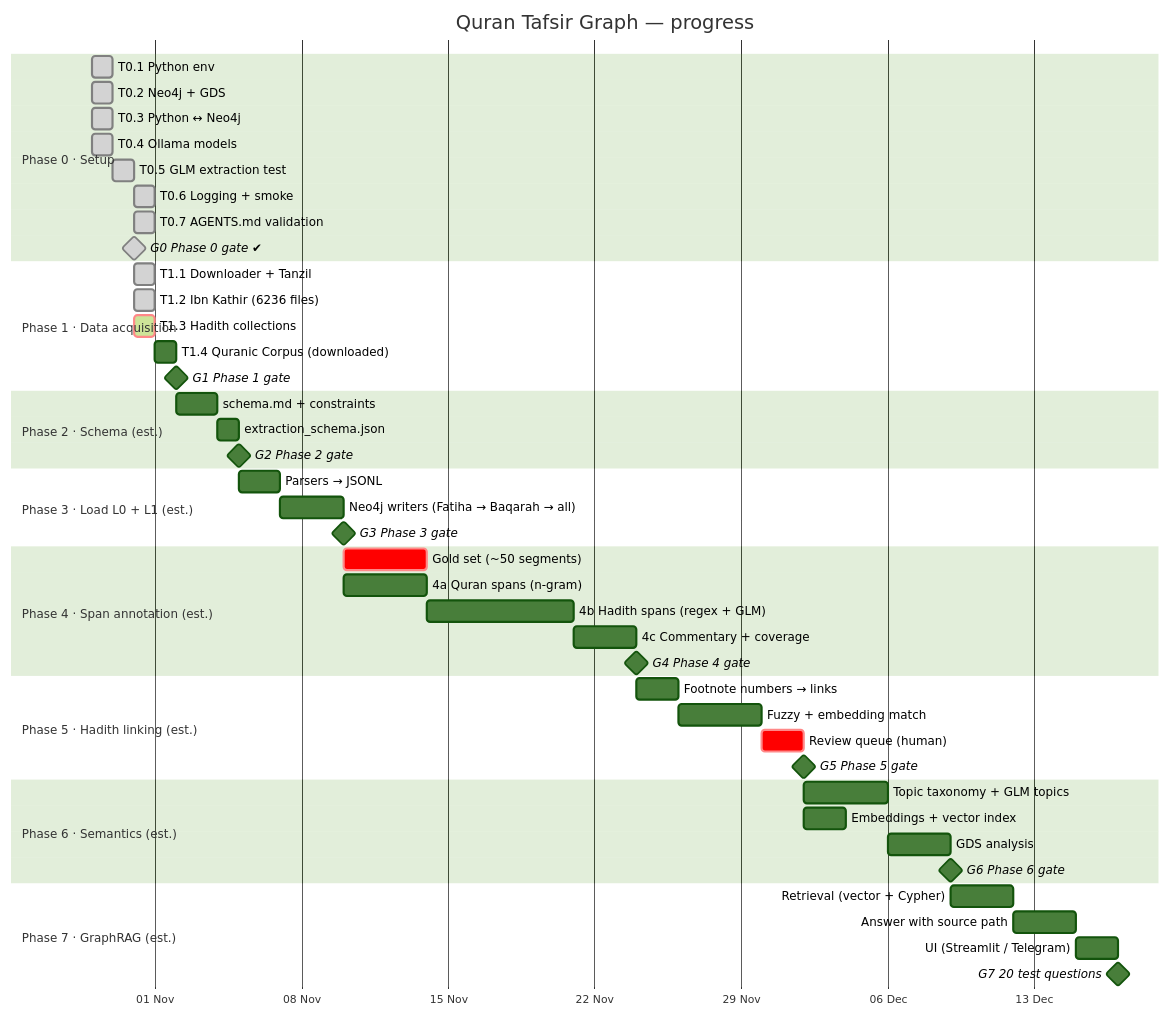
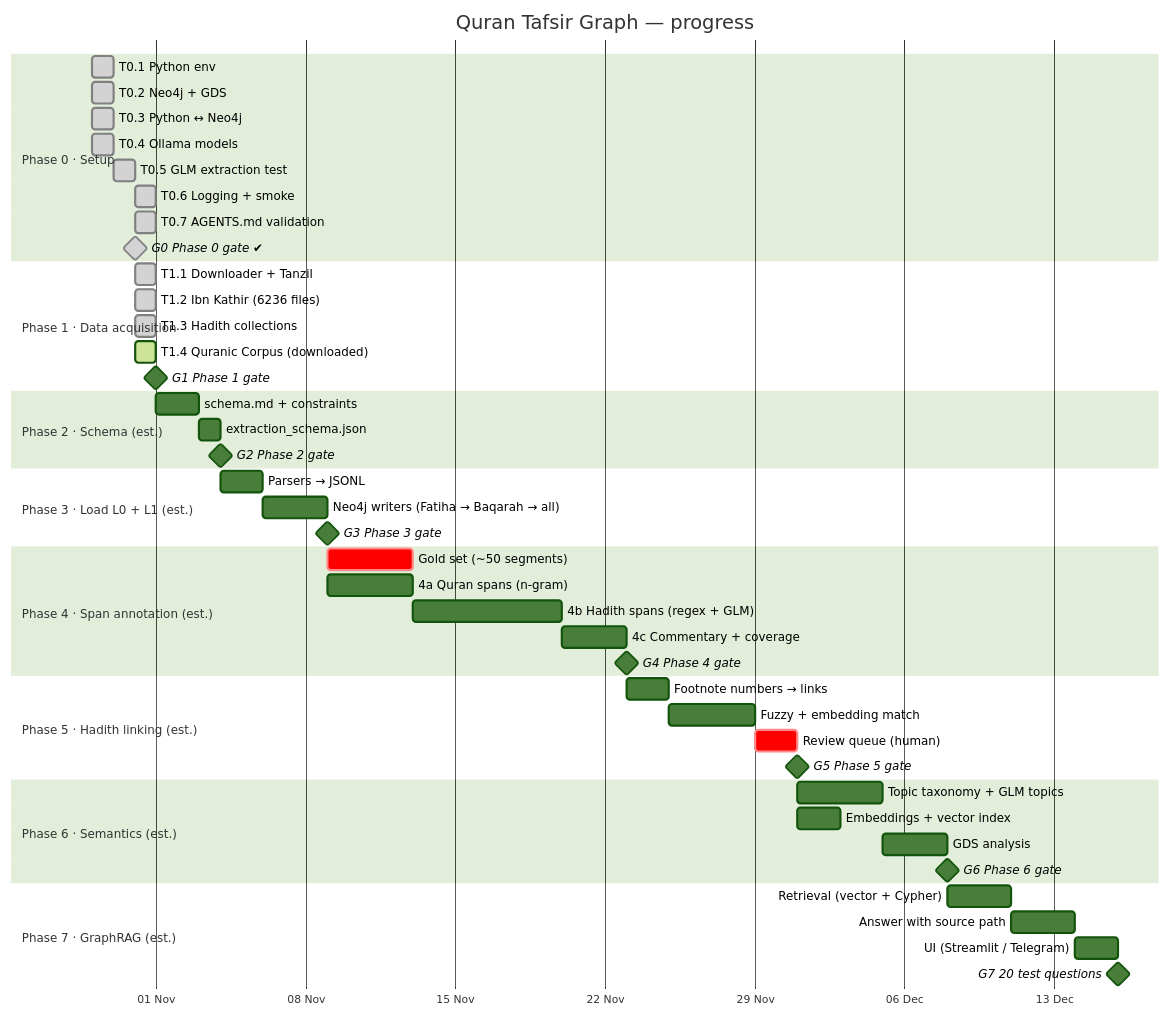
Before and after one commit to mohamed-soubhi/quran-graph: the diagram in docs/GANTT.md, drawn with Mermaid (forest theme). The commit also changed other lines of this file and 1 other file, not shown here.

Commit message:
T1.3 approved; T1.4 started

Claude-Session: https://claude.ai/code/session_01HtCFgjMNEDCf4YewDqZRyf

````diff
--- a/docs/GANTT.md
+++ b/docs/GANTT.md
@@ -9,59 +9,59 @@
 ```mermaid
 gantt
     title Quran Tafsir Graph — progress
     dateFormat YYYY-MM-DD
     axisFormat %d %b
     todayMarker stroke-width:3px,stroke:#d33
 
     section Phase 0 · Setup
     T0.1 Python env                 :done, t01, 2026-10-29, 1d
     T0.2 Neo4j + GDS                :done, t02, 2026-10-29, 1d
     T0.3 Python ↔ Neo4j             :done, t03, 2026-10-29, 1d
     T0.4 Ollama models              :done, t04, 2026-10-29, 1d
     T0.5 GLM extraction test        :done, t05, 2026-10-30, 1d
     T0.6 Logging + smoke            :done, t06, 2026-10-31, 1d
     T0.7 AGENTS.md validation       :done, t07, 2026-10-31, 1d
     G0 Phase 0 gate ✔               :milestone, done, g0, 2026-10-31, 0d
 
     section Phase 1 · Data acquisition
     T1.1 Downloader + Tanzil        :done, t11, 2026-10-31, 1d
     T1.2 Ibn Kathir (6236 files)    :done, t12, 2026-10-31, 1d
-    T1.3 Hadith collections         :crit, active, t13, 2026-10-31, 1d
-    T1.4 Quranic Corpus (downloaded) :t14, after t13, 1d
+    T1.3 Hadith collections         :done, t13, 2026-10-31, 1d
+    T1.4 Quranic Corpus (downloaded) :active, t14, 2026-10-31, 1d
     G1 Phase 1 gate                 :milestone, g1, after t14, 0d
 
     section Phase 2 · Schema (est.)
     schema.md + constraints         :p2a, after g1, 2d
     extraction_schema.json          :p2b, after p2a, 1d
     G2 Phase 2 gate                 :milestone, g2, after p2b, 0d
 
     section Phase 3 · Load L0 + L1 (est.)
     Parsers → JSONL                 :p3a, after g2, 2d
     Neo4j writers (Fatiha → Baqarah → all) :p3b, after p3a, 3d
     G3 Phase 3 gate                 :milestone, g3, after p3b, 0d
 
     section Phase 4 · Span annotation (est.)
     Gold set (~50 segments)         :crit, p4g, after g3, 4d
     4a Quran spans (n-gram)         :p4a, after g3, 4d
     4b Hadith spans (regex + GLM)   :p4b, after p4a, 7d
     4c Commentary + coverage        :p4c, after p4b, 3d
     G4 Phase 4 gate                 :milestone, g4, after p4c, 0d
 
     section Phase 5 · Hadith linking (est.)
     Footnote numbers → links        :p5a, after g4, 2d
     Fuzzy + embedding match         :p5b, after p5a, 4d
     Review queue (human)            :crit, p5c, after p5b, 2d
     G5 Phase 5 gate                 :milestone, g5, after p5c, 0d
 
     section Phase 6 · Semantics (est.)
     Topic taxonomy + GLM topics     :p6a, after g5, 4d
     Embeddings + vector index       :p6b, after g5, 2d
     GDS analysis                    :p6c, after p6a, 3d
     G6 Phase 6 gate                 :milestone, g6, after p6c, 0d
 
     section Phase 7 · GraphRAG (est.)
     Retrieval (vector + Cypher)     :p7a, after g6, 3d
     Answer with source path         :p7b, after p7a, 3d
     UI (Streamlit / Telegram)       :p7c, after p7b, 2d
     G7 20 test questions            :milestone, g7, after p7c, 0d
 ```
````
